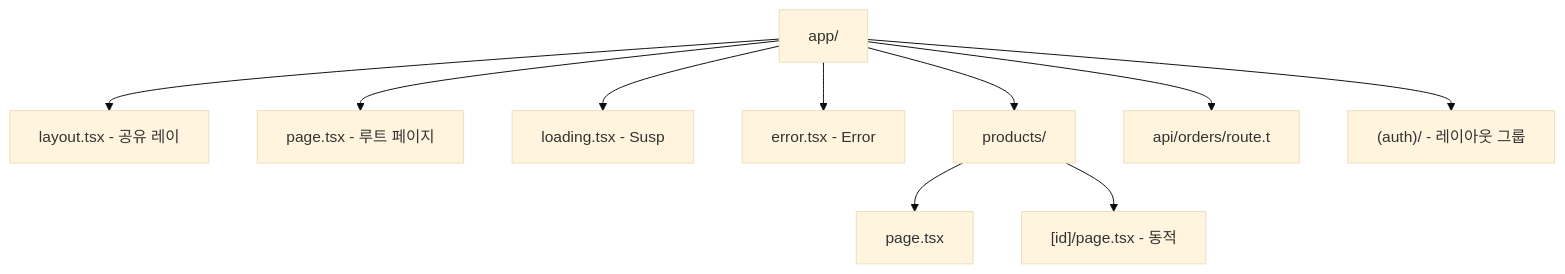
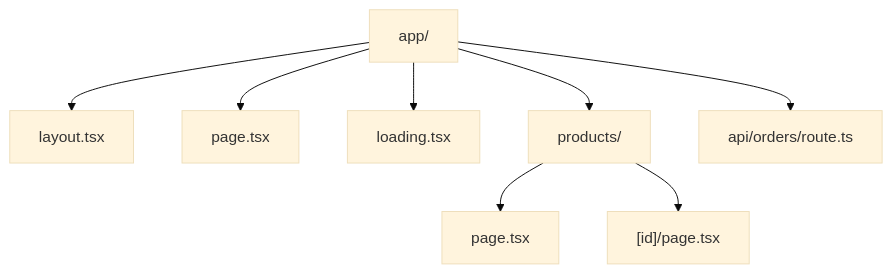
One commit to yjkim2015/yjkim2015.github.io changed the second of 5 diagrams in _posts/frontend/2026-05-01-nextjs.md. Above: the diagram before and after it, drawn with Mermaid (base theme). The commit also changed 155 other files, not shown here.

First line of the commit message:
Mermaid 전면 수정: subgraph 제거, participant/노드/줄수 축소 (342블록)

````diff
--- a/_posts/frontend/2026-05-01-nextjs.md
+++ b/_posts/frontend/2026-05-01-nextjs.md
@@ -52,12 +52,10 @@
 ```mermaid
 flowchart TD
-    ROOT["app/"] --> LAYOUT["layout.tsx - 공유 레이"]
-    ROOT --> PAGE["page.tsx - 루트 페이지"]
-    ROOT --> LOADING["loading.tsx - Susp"]
-    ROOT --> ERROR["error.tsx - Error"]
+    ROOT["app/"] --> LAYOUT["layout.tsx"]
+    ROOT --> PAGE["page.tsx"]
+    ROOT --> LOADING["loading.tsx"]
     ROOT --> PRODUCTS["products/"]
+    ROOT --> API["api/orders/route.ts"]
     PRODUCTS --> PROD_PAGE["page.tsx"]
-    PRODUCTS --> DYN["[id]/page.tsx - 동적"]
-    ROOT --> API["api/orders/route.t"]
-    ROOT --> AUTH["(auth)/ - 레이아웃 그룹"]
+    PRODUCTS --> DYN["[id]/page.tsx"]
 ```
````
